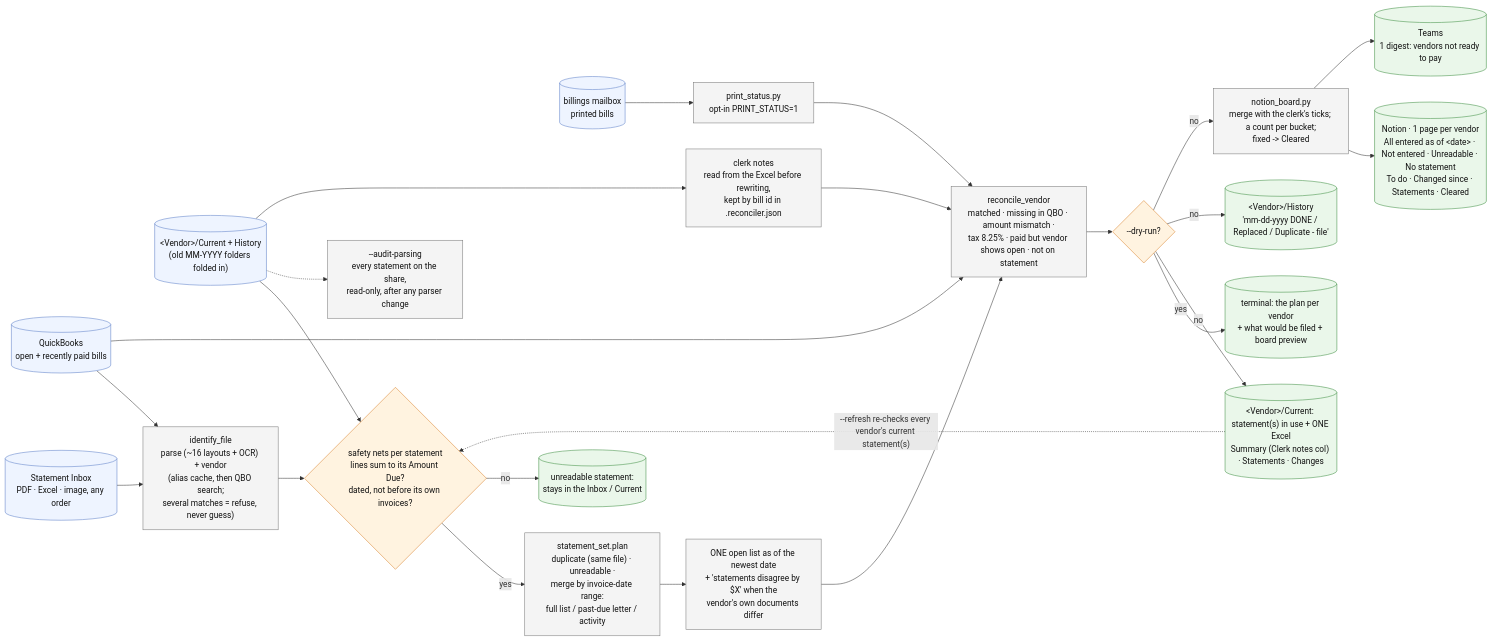
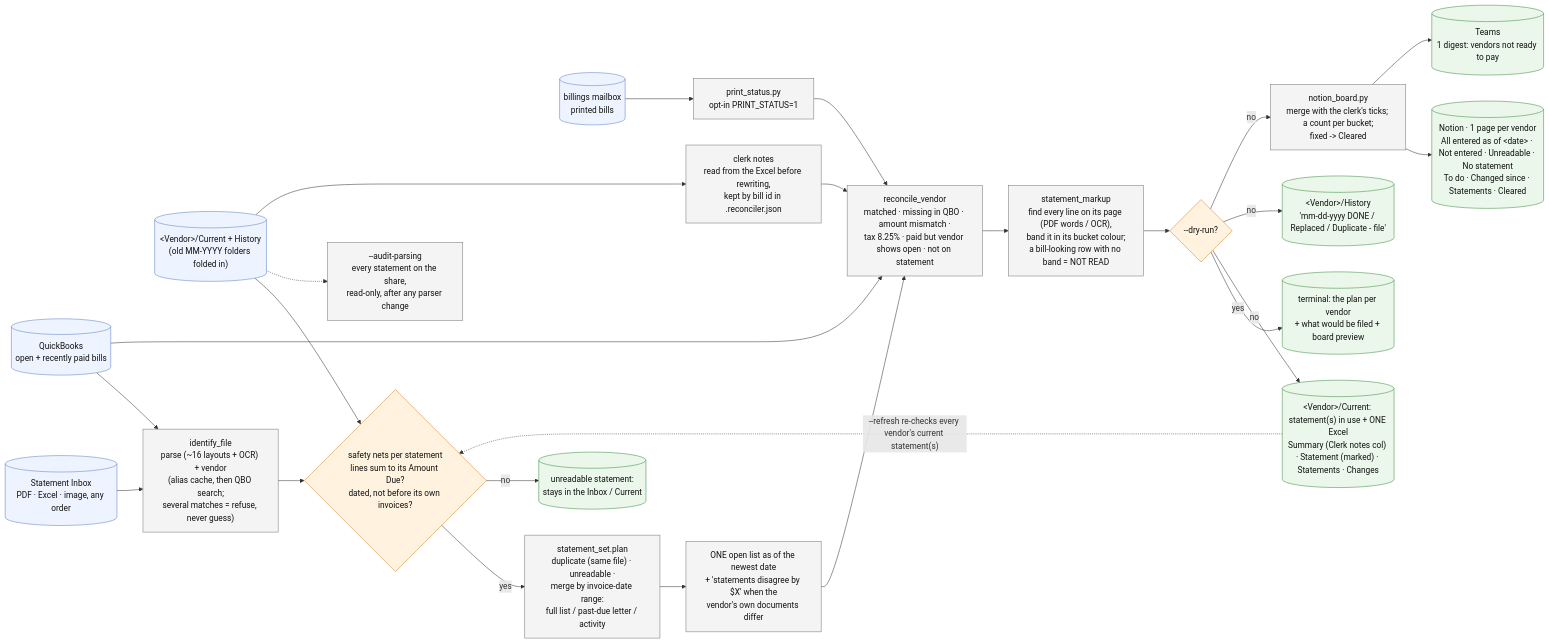
Before and after one commit to Ecarlo-Proficient/Claude-Report: the diagram in statement-reconciler/FLOW.md, drawn with Mermaid. The commit also changed other lines of this file and 10 other files, not shown here.

````diff
--- a/statement-reconciler/FLOW.md
+++ b/statement-reconciler/FLOW.md
@@ -12,48 +11,49 @@
 ```mermaid
 flowchart LR
     classDef src fill:#eef4ff,stroke:#5b7fc7,color:#111
     classDef tool fill:#f4f4f4,stroke:#777,color:#111
     classDef gate fill:#fff3e0,stroke:#d9822b,color:#111
     classDef out fill:#eaf7ea,stroke:#3c8d40,color:#111
 
     INBOX[("Statement Inbox<br/>PDF · Excel · image, any order")]:::src
     FILED[("&lt;Vendor&gt;/Current + History<br/>(old MM-YYYY folders folded in)")]:::src
     QBO[("QuickBooks<br/>open + recently paid bills")]:::src
     MBX[("billings mailbox<br/>printed bills")]:::src
 
     ID["identify_file<br/>parse (~16 layouts + OCR) + vendor<br/>(alias cache, then QBO search;<br/>several matches = refuse, never guess)"]:::tool
     TIE{"safety nets per statement<br/>lines sum to its Amount Due?<br/>dated, not before its own invoices?"}:::gate
     AUD["--audit-parsing<br/>every statement on the share,<br/>read-only, after any parser change"]:::tool
     SET["statement_set.plan<br/>duplicate (same file) · unreadable ·<br/>merge by invoice-date range:<br/>full list / past-due letter / activity"]:::tool
     MERGED["ONE open list as of the newest date<br/>+ 'statements disagree by $X' when the<br/>vendor's own documents differ"]:::tool
     NOTES["clerk notes<br/>read from the Excel before rewriting,<br/>kept by bill id in .reconciler.json"]:::tool
     REC["reconcile_vendor<br/>matched · missing in QBO · amount mismatch ·<br/>tax 8.25% · paid but vendor shows open · not on statement"]:::tool
+    MARK["statement_markup<br/>find every line on its page (PDF words / OCR),<br/>band it in its bucket colour;<br/>a bill-looking row with no band = NOT READ"]:::tool
     PS["print_status.py<br/>opt-in PRINT_STATUS=1"]:::tool
     NB["notion_board.py<br/>merge with the clerk's ticks; a count per bucket;<br/>fixed -> Cleared"]:::tool
     PREV{"--dry-run?"}:::gate
 
-    XLSX[("&lt;Vendor&gt;/Current: statement(s) in use + ONE Excel<br/>Summary (Clerk notes col) · Statements · Changes")]:::out
+    XLSX[("&lt;Vendor&gt;/Current: statement(s) in use + ONE Excel<br/>Summary (Clerk notes col) · Statement (marked) · Statements · Changes")]:::out
     HIST[("&lt;Vendor&gt;/History<br/>'mm-dd-yyyy DONE / Replaced / Duplicate - file'")]:::out
     HELD[("unreadable statement:<br/>stays in the Inbox / Current")]:::out
     PAGE[("Notion · 1 page per vendor<br/>All entered as of &lt;date&gt; · Not entered · Unreadable · No statement<br/>To do · Changed since · Statements · Cleared")]:::out
     TEAMS[("Teams<br/>1 digest: vendors not ready to pay")]:::out
     PRINT[("terminal: the plan per vendor<br/>+ what would be filed + board preview")]:::out
 
     INBOX --> ID --> TIE
     FILED --> TIE
     QBO --> ID
     TIE -- yes --> SET
     TIE -- no --> HELD
     FILED -.-> AUD
     SET --> MERGED --> REC
     QBO --> REC
     FILED --> NOTES --> REC
     MBX --> PS --> REC
-    REC --> PREV
+    REC --> MARK --> PREV
     PREV -- yes --> PRINT
     PREV -- no --> XLSX
     PREV -- no --> HIST
     PREV -- no --> NB --> PAGE
     NB --> TEAMS
     XLSX -. "--refresh re-checks every vendor's current statement(s)" .-> TIE
 ```
````
